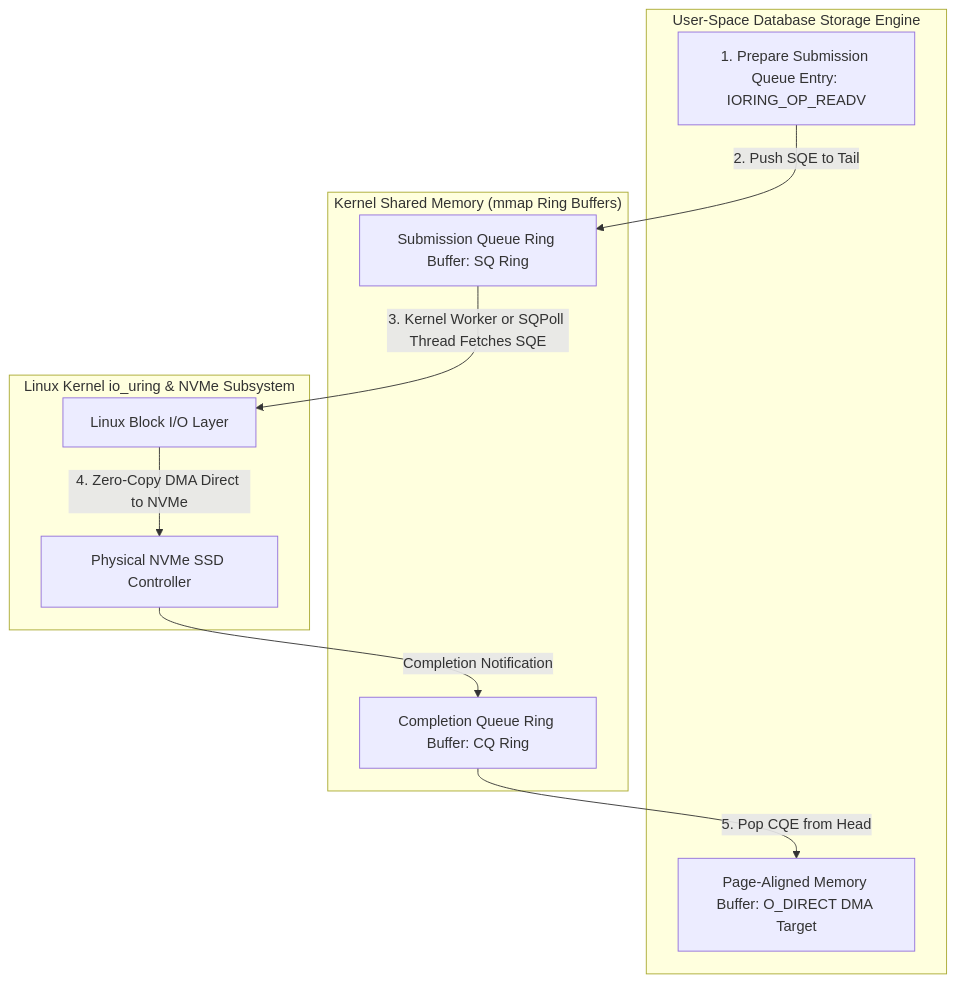
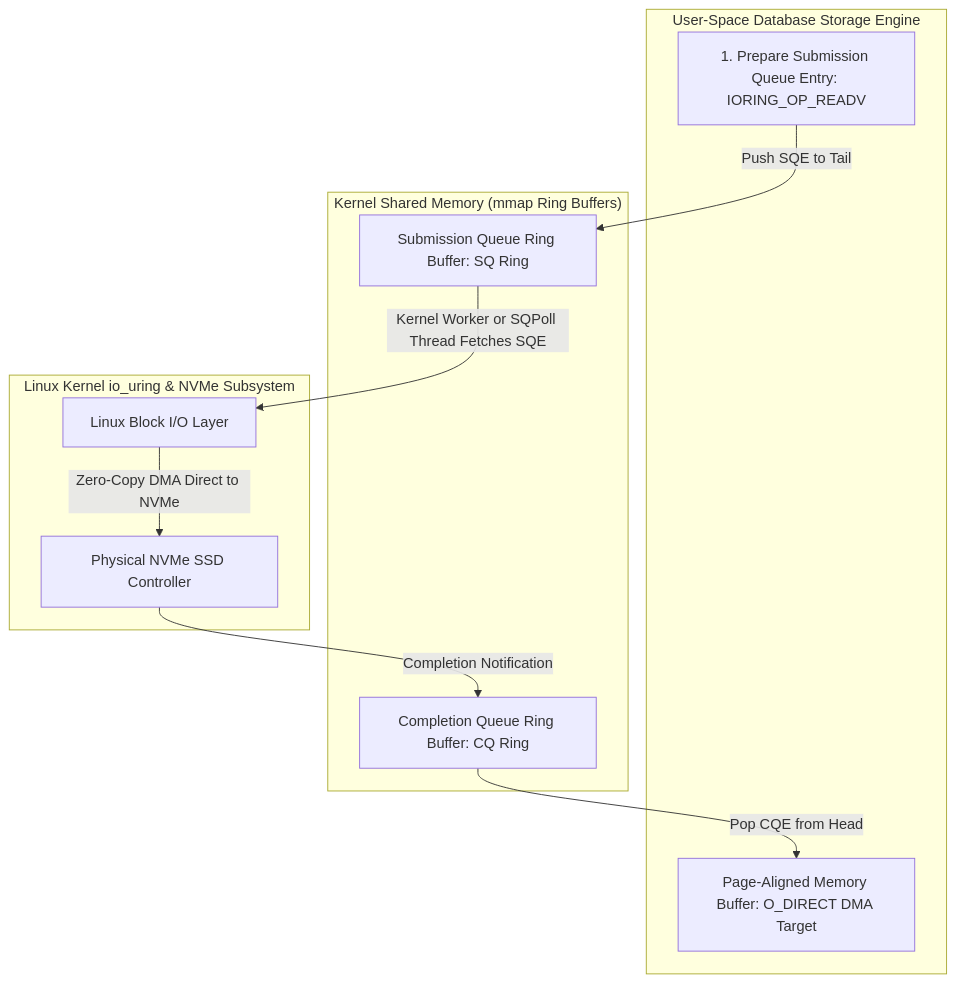
The diagram in blog/posts/direct-io-o-direct-asynchronous-nvme-io-uring-storage.md (akmalkhaniub/akmalkhaniub.github.io), drawn with Mermaid before and after one commit. The commit also changed 411 other files, not shown here.

````diff
--- a/blog/posts/direct-io-o-direct-asynchronous-nvme-io-uring-storage.md
+++ b/blog/posts/direct-io-o-direct-asynchronous-nvme-io-uring-storage.md
@@ -20,18 +20,18 @@
 ```mermaid
-graph TD
+flowchart TD
   subgraph SG1_UserSpaceDatabase ["User-Space Database Storage Engine"]
     AppMem[Page-Aligned Memory Buffer: O_DIRECT DMA Target]
     SQE_Prep[1. Prepare Submission Queue Entry: IORING_OP_READV]
   end
   
   subgraph SG2_KernelSharedMemory ["Kernel Shared Memory (mmap Ring Buffers)"]
-    SQE_Prep -->|2. Push SQE to Tail| SQ[Submission Queue Ring Buffer: SQ Ring]
-    CQ[Completion Queue Ring Buffer: CQ Ring] -->|5. Pop CQE from Head| AppMem
+    SQE_Prep -->|Push SQE to Tail| SQ[Submission Queue Ring Buffer: SQ Ring]
+    CQ[Completion Queue Ring Buffer: CQ Ring] -->|Pop CQE from Head| AppMem
   end
   
   subgraph SG3_LinuxKernelIo ["Linux Kernel io_uring & NVMe Subsystem"]
-    SQ -->|3. Kernel Worker or SQPoll Thread Fetches SQE| KernelDriver[Linux Block I/O Layer]
-    KernelDriver -->|4. Zero-Copy DMA Direct to NVMe| NVMe[Physical NVMe SSD Controller]
+    SQ -->|Kernel Worker or SQPoll Thread Fetches SQE| KernelDriver[Linux Block I/O Layer]
+    KernelDriver -->|Zero-Copy DMA Direct to NVMe| NVMe[Physical NVMe SSD Controller]
     NVMe -->|Completion Notification| CQ
   end
 ```
````
